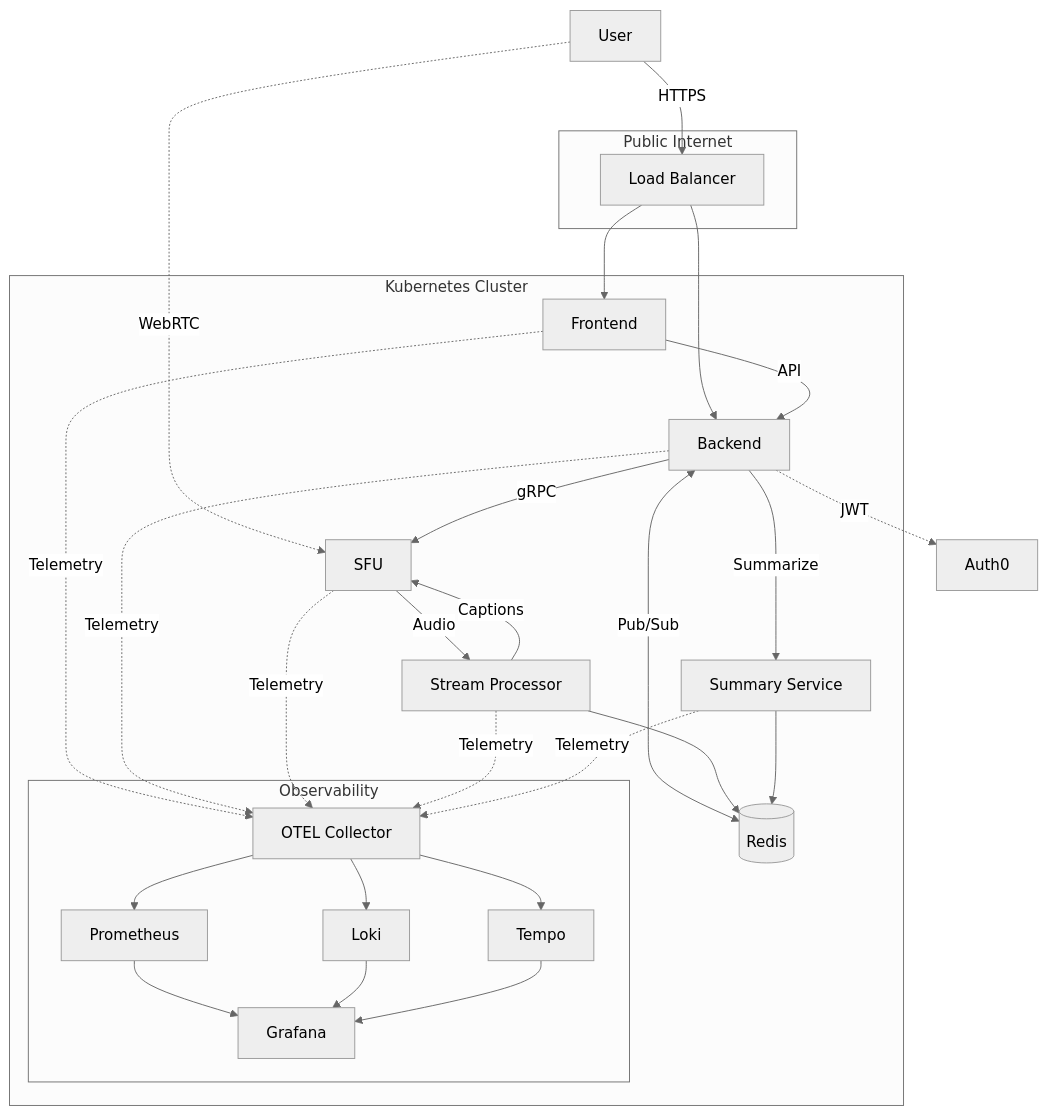
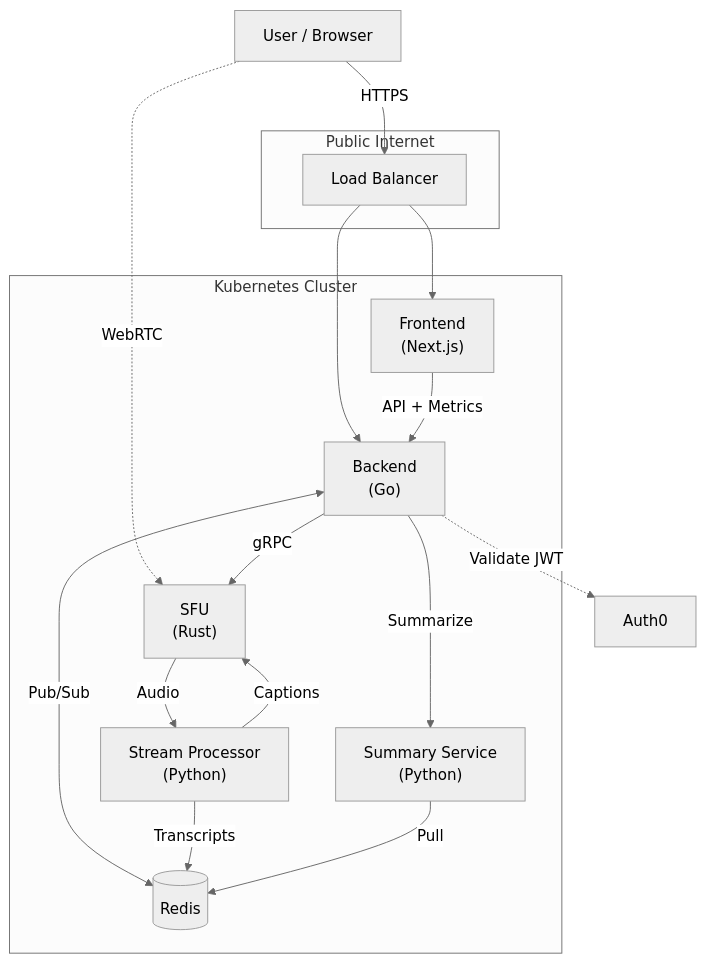
Before and after one commit to RoseWrightdev/Video-Conferencing: the diagram in README.md, drawn with Mermaid (neutral theme). The commit also changed other lines of this file, not shown here.

Commit message:
docs: update system architecture diagram with technology stacks, clarified data flows, and removed observability details.

````diff
--- a/README.md
+++ b/README.md
@@ -13,45 +13,33 @@
 ```mermaid
-graph TB
-    User["User"]
+graph TD
+    User["User / Browser"]
     Auth0["Auth0"]
     
-    subgraph Internet["Public Internet"]
+    subgraph "Public Internet"
         LB["Load Balancer"]
     end
     
-    subgraph K8s["Kubernetes Cluster"]
-        FE["Frontend"]
-        BE["Backend"]
-        SFU["SFU"]
-        CC["Stream Processor"]
-        Sum["Summary Service"]
+    subgraph "Kubernetes Cluster"
+        FE["Frontend<br/>(Next.js)"]
+        BE["Backend<br/>(Go)"]
+        SFU["SFU<br/>(Rust)"]
+        CC["Stream Processor<br/>(Python)"]
+        Sum["Summary Service<br/>(Python)"]
         Redis[("Redis")]
-        
-        subgraph Observability["Observability"]
-            OTEL["OTEL Collector"]
-            Prom["Prometheus"]
-            Grafana["Grafana"]
-            Loki["Loki"]
-            Tempo["Tempo"]
-        end
     end
 
     User -->|HTTPS| LB
     User -.->|WebRTC| SFU
     LB --> FE
     LB --> BE
     
-    BE -.->|JWT| Auth0
-    FE -->|API| BE
+    BE -.->|Validate JWT| Auth0
+    FE -->|API + Metrics| BE
     BE -->|gRPC| SFU
     BE <-->|Pub/Sub| Redis
     SFU -->|Audio| CC
     CC -->|Captions| SFU
-    CC --> Redis
+    CC -->|Transcripts| Redis
     BE -->|Summarize| Sum
-    Sum --> Redis
-    
-    FE & BE & SFU & CC & Sum -.->|Telemetry| OTEL
-    OTEL --> Prom & Loki & Tempo
-    Prom & Loki & Tempo --> Grafana
+    Sum -->|Pull| Redis
 ```
````
